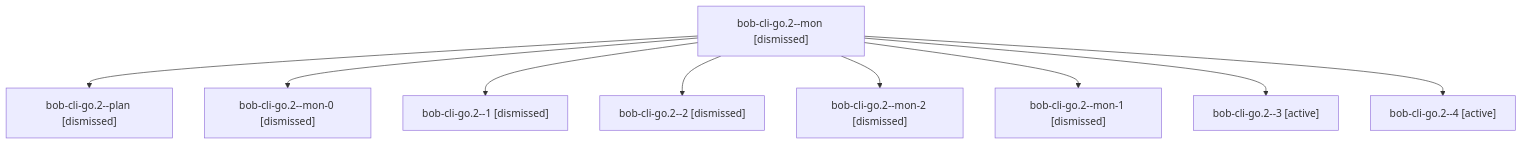
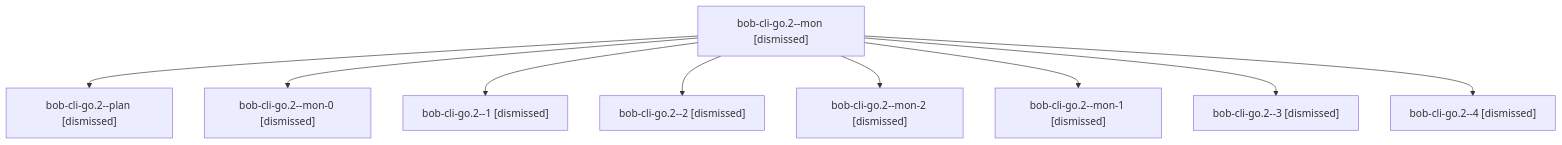
Before and after one commit to bobs-org/bob-cli--agents: the diagram in sessions/bbugyi200.apollo.bob-cli-go.2.md, drawn with Mermaid. The commit also changed other lines of this file and 222 other files, not shown here.

````diff
--- a/sessions/bbugyi200.apollo.bob-cli-go.2.md
+++ b/sessions/bbugyi200.apollo.bob-cli-go.2.md
@@ -9,20 +9,20 @@
 ```mermaid
 flowchart TD
   n0["bob-cli-go.2--mon [dismissed]"]
   n1["bob-cli-go.2--plan [dismissed]"]
   n0 --> n1
   n2["bob-cli-go.2--mon-0 [dismissed]"]
   n0 --> n2
   n3["bob-cli-go.2--1 [dismissed]"]
   n0 --> n3
   n4["bob-cli-go.2--2 [dismissed]"]
   n0 --> n4
   n5["bob-cli-go.2--mon-2 [dismissed]"]
   n0 --> n5
   n6["bob-cli-go.2--mon-1 [dismissed]"]
   n0 --> n6
-  n7["bob-cli-go.2--3 [active]"]
+  n7["bob-cli-go.2--3 [dismissed]"]
   n0 --> n7
-  n8["bob-cli-go.2--4 [active]"]
+  n8["bob-cli-go.2--4 [dismissed]"]
   n0 --> n8
 ```
````
